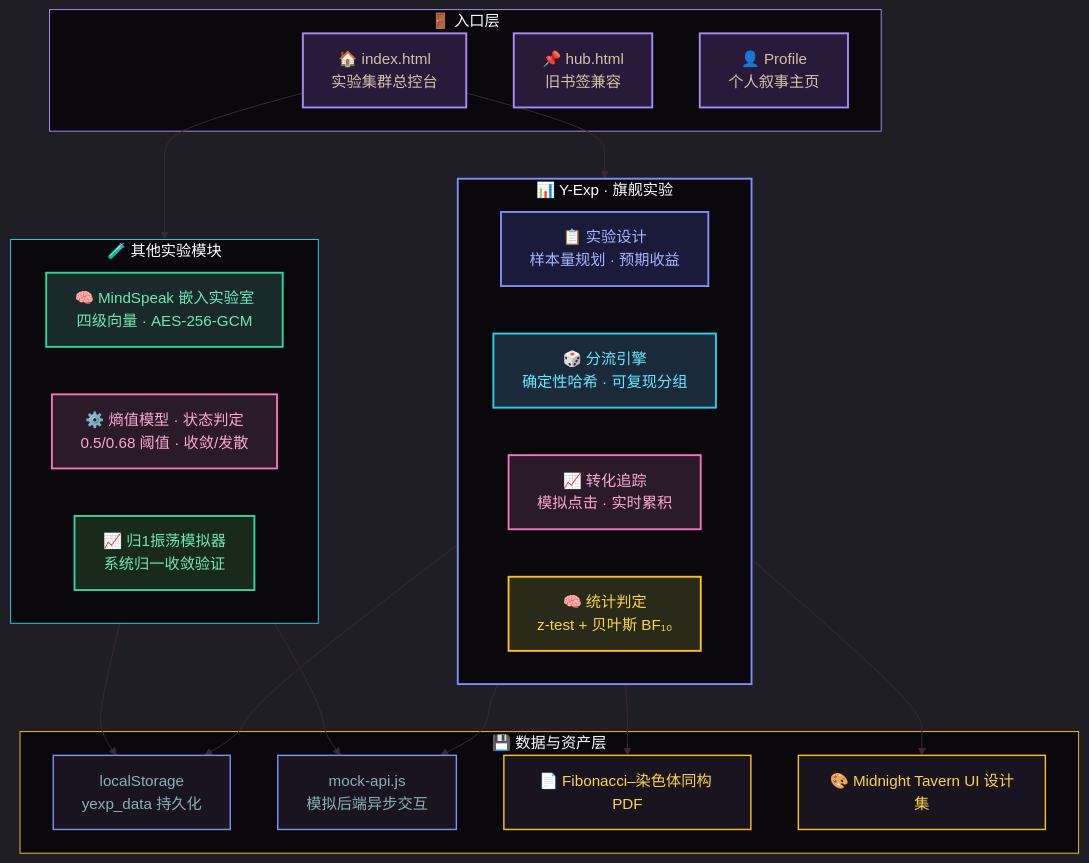
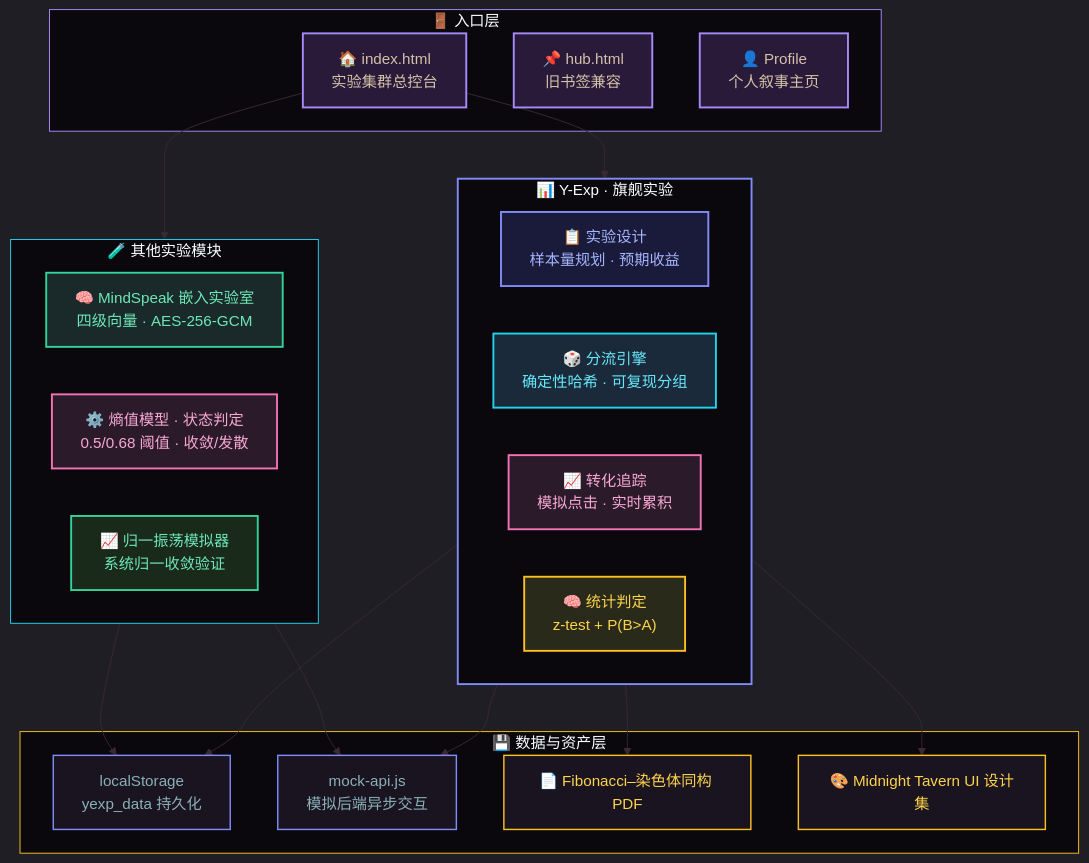
The first of 4 diagrams in README.md (HelloMInd-star/ymine-validation-hub), drawn with Mermaid before and after one commit. The commit also changed other lines of this file and 12 other files, not shown here.

````diff
--- a/README.md
+++ b/README.md
@@ -44,59 +45,59 @@
 ```mermaid
 %%{init: {'theme': 'dark', 'themeVariables': {
   'background': '#0a080c',
   'primaryColor': '#A78BFA',
   'primaryBorderColor': '#A78BFA',
   'primaryTextColor': '#d4c0a8',
   'secondaryColor': '#1a1420',
   'tertiaryColor': '#0e0b10',
   'lineColor': '#3a2a30'
 }}}%%
 graph TB
     subgraph portal["🚪 入口层"]
         P1["🏠 index.html<br>实验集群总控台"]:::portal
         P2["📌 hub.html<br>旧书签兼容"]:::portal
         P3["👤 Profile<br>个人叙事主页"]:::portal
     end
 
     subgraph ab_test["📊 Y-Exp · 旗舰实验"]
         A1["📋 实验设计<br>样本量规划 · 预期收益"]:::ab1
         A2["🎲 分流引擎<br>确定性哈希 · 可复现分组"]:::ab2
         A3["📈 转化追踪<br>模拟点击 · 实时累积"]:::ab3
-        A4["🧠 统计判定<br>z-test + 贝叶斯 BF₁₀"]:::ab4
+        A4["🧠 统计判定<br>z-test + P(B>A)"]:::ab4
     end
 
     subgraph experiments["🧪 其他实验模块"]
         E2["🧠 MindSpeak 嵌入实验室<br>四级向量 · AES-256-GCM"]:::exp2
         E3["⚙️ 熵值模型 · 状态判定<br>0.5/0.68 阈值 · 收敛/发散"]:::exp3
-        E4["📈 归1振荡模拟器<br>系统归一收敛验证"]:::exp4
+        E4["📈 归一振荡模拟器<br>系统归一收敛验证"]:::exp4
     end
 
     subgraph datalayer["💾 数据与资产层"]
         D1["localStorage<br>yexp_data 持久化"]:::data
         D2["mock-api.js<br>模拟后端异步交互"]:::data
         D3["📄 Fibonacci–染色体同构 PDF"]:::asset
         D4["🎨 Midnight Tavern UI 设计集"]:::asset
     end
 
     P1 --> ab_test
     P1 --> experiments
     ab_test --> D1 & D2
     experiments --> D1 & D2
     ab_test --> D3 & D4
 
     classDef portal fill:#2a1a3a,stroke:#A78BFA,stroke-width:2px,color:#d4c0a8;
     classDef ab1 fill:#1a1a3a,stroke:#818CF8,stroke-width:2px,color:#A5B4FC;
     classDef ab2 fill:#1a2a3a,stroke:#22D3EE,stroke-width:2px,color:#67E8F9;
     classDef ab3 fill:#2a1a2a,stroke:#F472B6,stroke-width:2px,color:#F9A8D4;
     classDef ab4 fill:#2a2a1a,stroke:#FBBF24,stroke-width:2px,color:#FCD34D;
     classDef exp2 fill:#1a2a2a,stroke:#34D399,stroke-width:2px,color:#6EE7B7;
     classDef exp3 fill:#2a1a2a,stroke:#F472B6,stroke-width:2px,color:#F9A8D4;
     classDef exp4 fill:#1a2a1a,stroke:#34D399,stroke-width:2px,color:#6EE7B7;
     classDef data fill:#1a1420,stroke:#818CF8,stroke-width:1.5px,color:#8ab0b8;
     classDef asset fill:#1a1420,stroke:#FBBF24,stroke-width:1.5px,color:#FCD34D;
 
     style portal fill:#0a080c,stroke:#A78BFA,stroke-width:1px
     style ab_test fill:#0a080c,stroke:#818CF8,stroke-width:2px
     style experiments fill:#0a080c,stroke:#22D3EE,stroke-width:1px
     style datalayer fill:#0a080c,stroke:#FBBF24,stroke-width:1px
 ```
````
